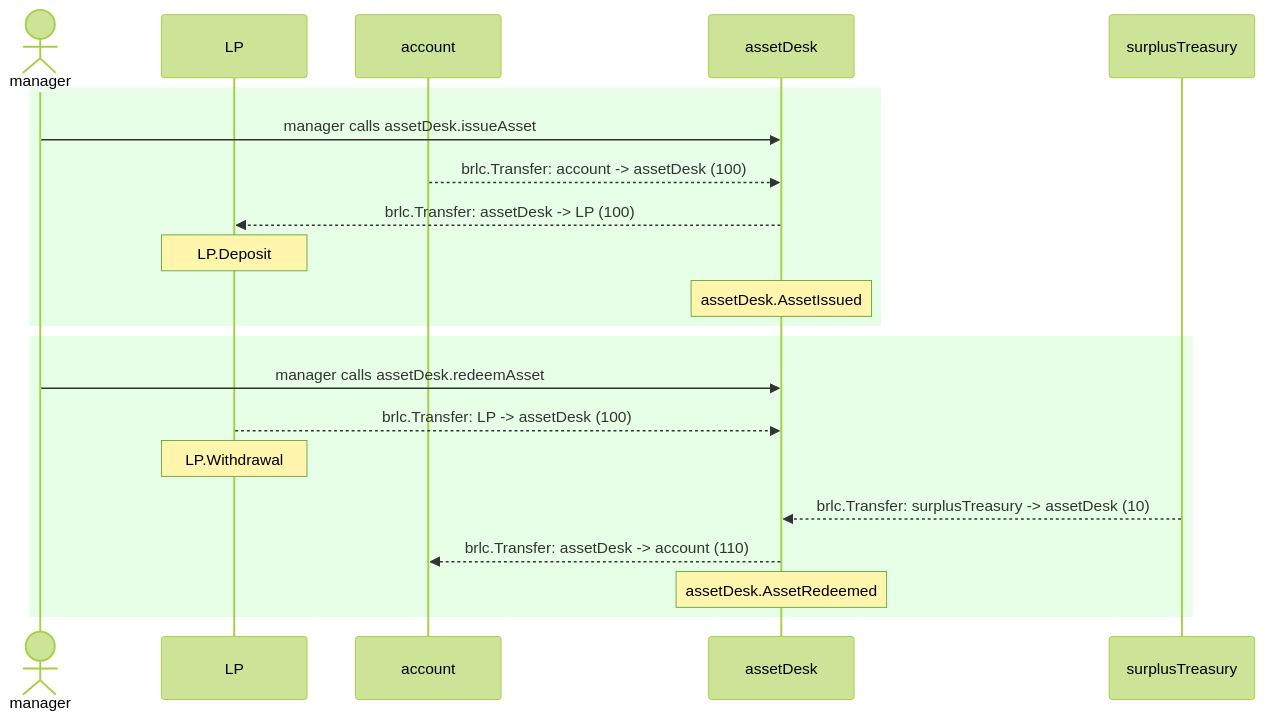
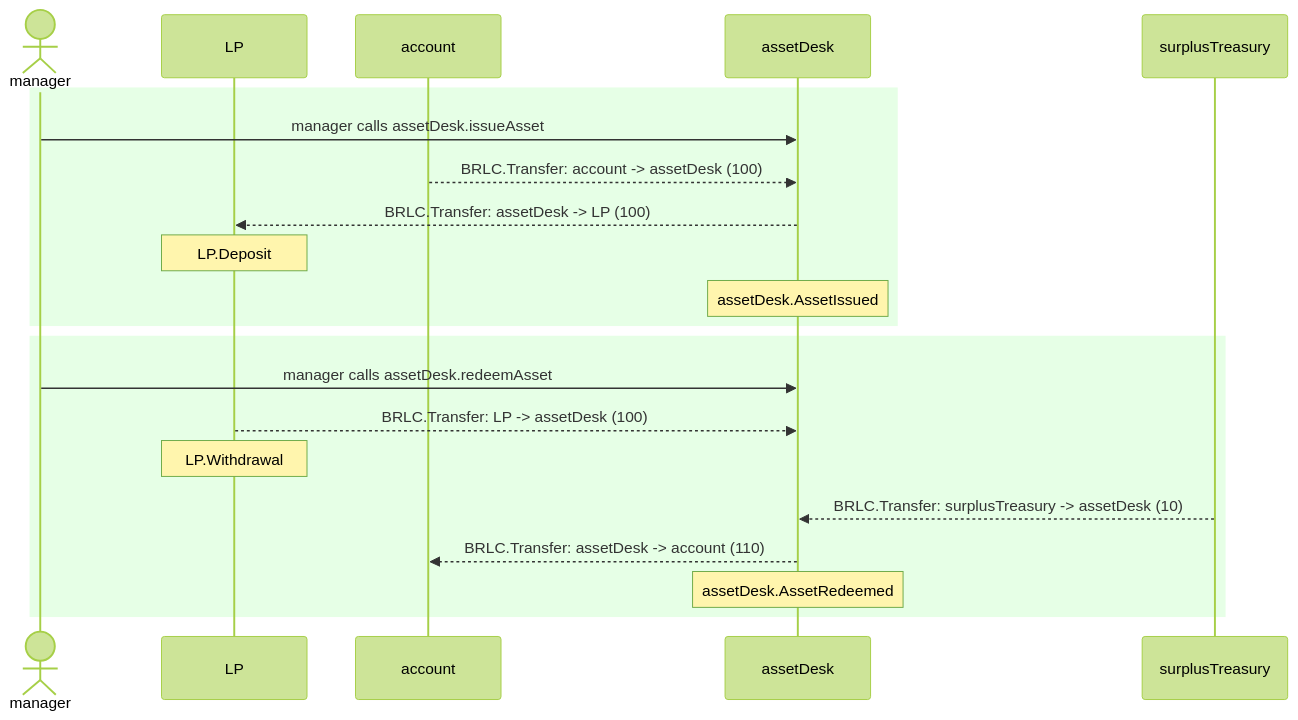
The first of 2 diagrams in test/__snapshots__humans__/AssetTransitDesk.test.md (cloudwalk/brlc-asset-transit-desk), drawn with Mermaid (forest theme) before and after one commit. The commit also changed other lines of this file and 2 other files, not shown here.

````diff
--- a/test/__snapshots__humans__/AssetTransitDesk.test.md
+++ b/test/__snapshots__humans__/AssetTransitDesk.test.md
@@ -10,23 +10,23 @@
 ```mermaid
 sequenceDiagram
   actor manager
   participant LP
   participant account
   participant assetDesk
   participant surplusTreasury
   rect rgb(230,255,230)
     manager->>assetDesk: manager calls assetDesk.issueAsset
-    account-->>assetDesk: brlc.Transfer: account -> assetDesk (100)
-    assetDesk-->>LP: brlc.Transfer: assetDesk -> LP (100)
+    account-->>assetDesk: BRLC.Transfer: account -> assetDesk (100)
+    assetDesk-->>LP: BRLC.Transfer: assetDesk -> LP (100)
     Note over LP: LP.Deposit
     Note over assetDesk: assetDesk.AssetIssued
   end
   rect rgb(230,255,230)
     manager->>assetDesk: manager calls assetDesk.redeemAsset
-    LP-->>assetDesk: brlc.Transfer: LP -> assetDesk (100)
+    LP-->>assetDesk: BRLC.Transfer: LP -> assetDesk (100)
     Note over LP: LP.Withdrawal
-    surplusTreasury-->>assetDesk: brlc.Transfer: surplusTreasury -> assetDesk (10)
-    assetDesk-->>account: brlc.Transfer: assetDesk -> account (110)
+    surplusTreasury-->>assetDesk: BRLC.Transfer: surplusTreasury -> assetDesk (10)
+    assetDesk-->>account: BRLC.Transfer: assetDesk -> account (110)
     Note over assetDesk: assetDesk.AssetRedeemed
   end
 ```
````
